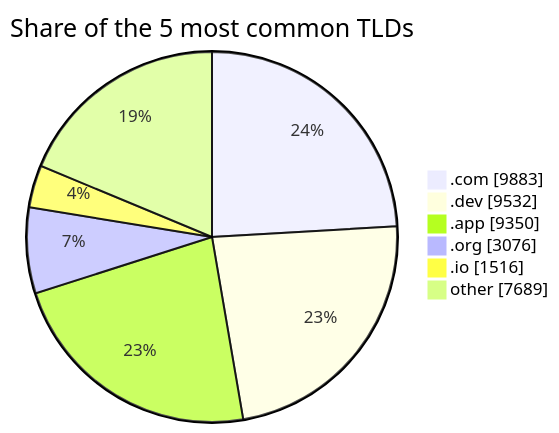
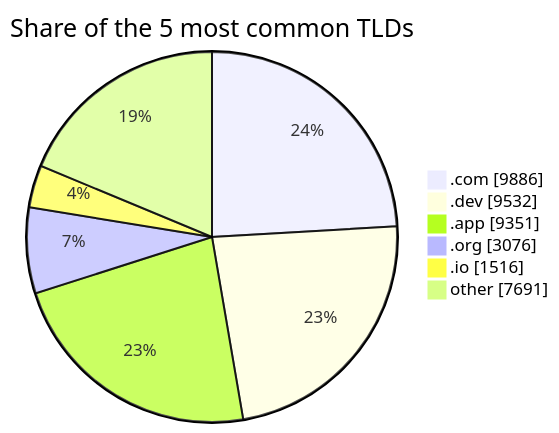
Before and after one commit to DNSBunker/CTI: the third of 3 diagrams in README.md, drawn with Mermaid. The commit also changed other lines of this file and 3 other files, not shown here.

````diff
--- a/README.md
+++ b/README.md
@@ -81,9 +81,9 @@
 ```mermaid
 pie showData title Share of the 5 most common TLDs
-    ".com" : 9883
+    ".com" : 9886
     ".dev" : 9532
-    ".app" : 9350
+    ".app" : 9351
     ".org" : 3076
     ".io" : 1516
-    "other" : 7689
+    "other" : 7691
 ```
````
